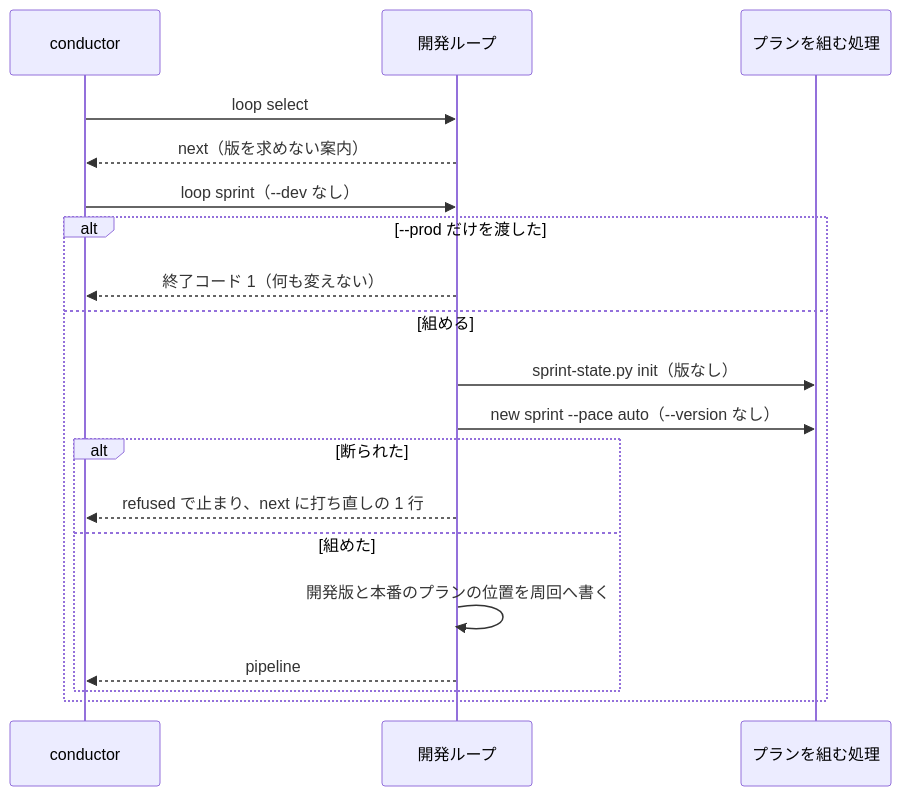
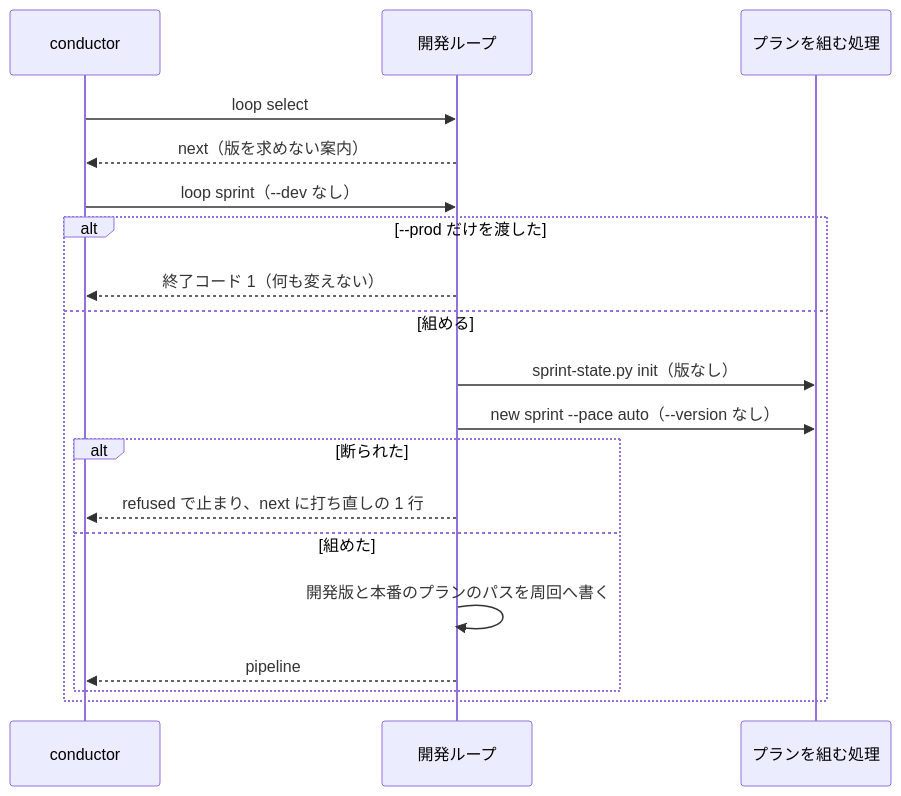
The fourth of 5 diagrams in issues/issue-2354-design.md (devbasex/ai-plugins), drawn with Mermaid before and after one commit. The commit also changed other lines of this file, not shown here.

````diff
--- a/issues/issue-2354-design.md
+++ b/issues/issue-2354-design.md
@@ -222,21 +256,21 @@
 ```mermaid
 sequenceDiagram
     participant C as conductor
     participant L as 開発ループ
     participant P as プランを組む処理
     C->>L: loop select
     L-->>C: next（版を求めない案内）
     C->>L: loop sprint（--dev なし）
     alt --prod だけを渡した
         L-->>C: 終了コード 1（何も変えない）
     else 組める
         L->>P: sprint-state.py init（版なし）
         L->>P: new sprint --pace auto（--version なし）
         alt 断られた
             L-->>C: refused で止まり、next に打ち直しの 1 行
         else 組めた
-            L->>L: 開発版と本番のプランの位置を周回へ書く
+            L->>L: 開発版と本番のプランのパスを周回へ書く
             L-->>C: pipeline
         end
     end
 ```
````
